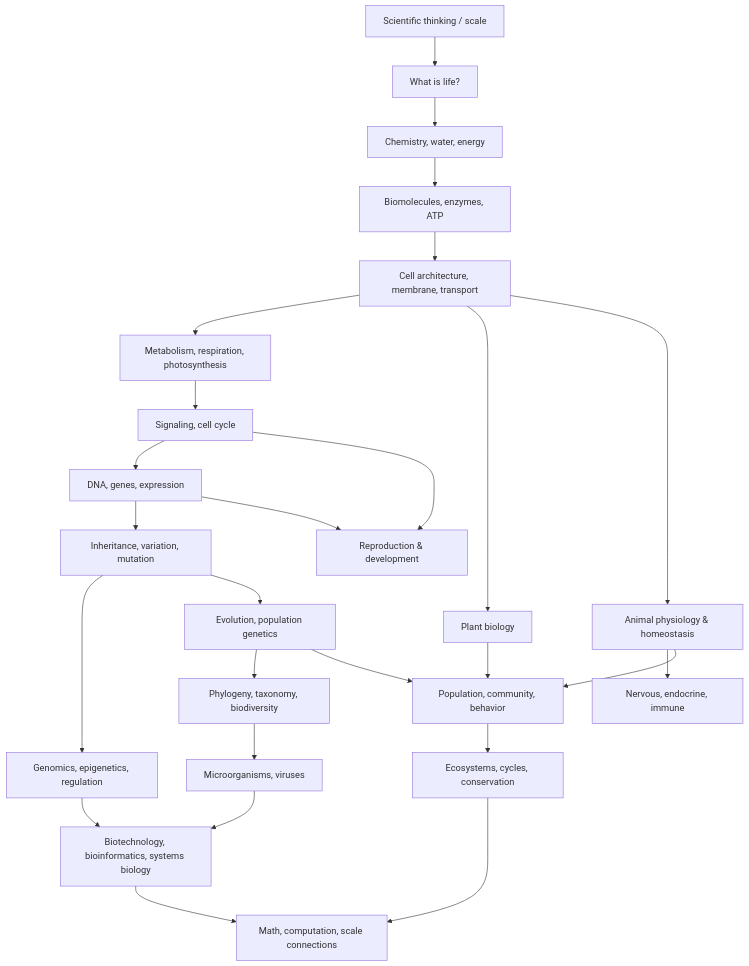
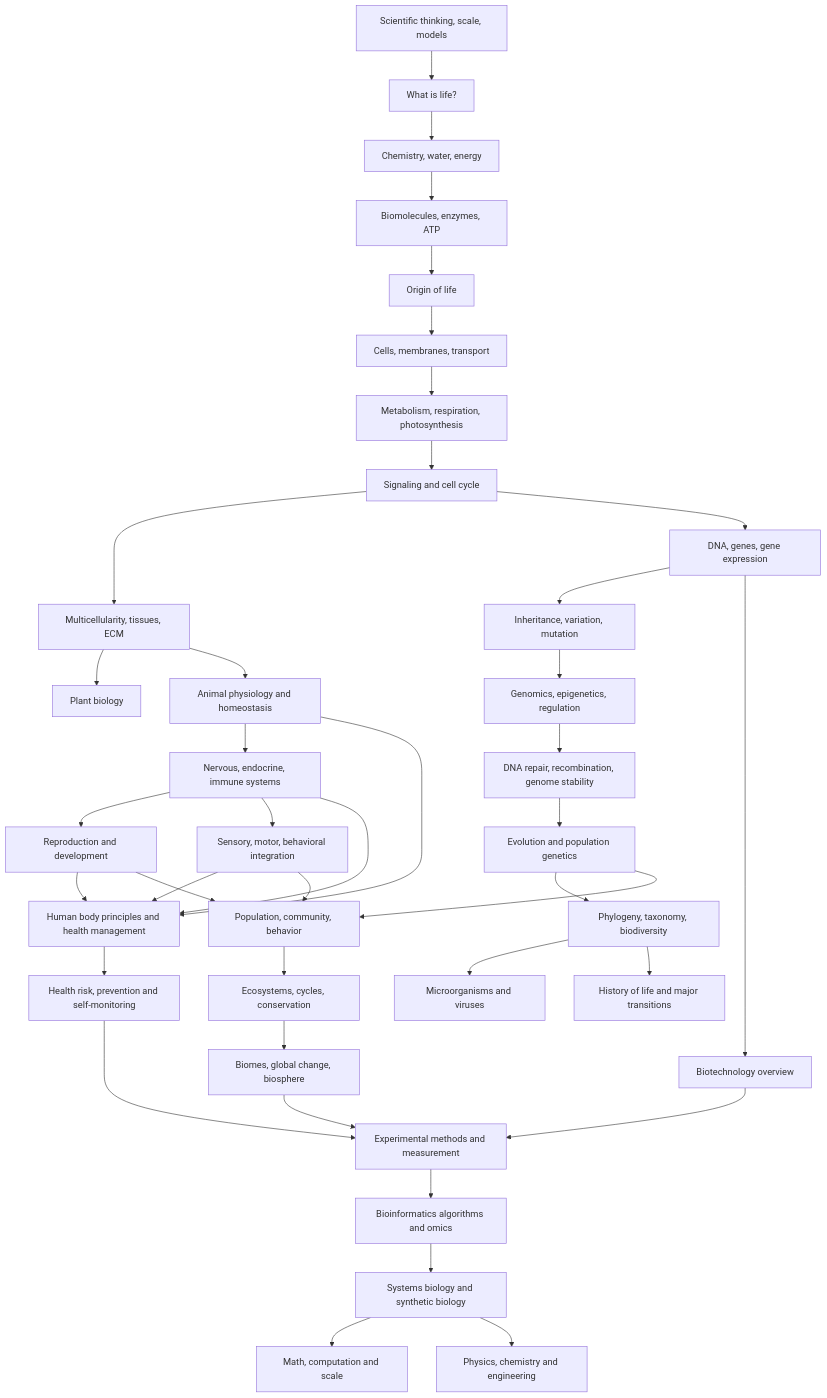
Before and after one commit to hunggtham/learning-docs: the diagram in biology/README.md, drawn with Mermaid. The commit also changed other lines of this file and 34 other files, not shown here.

````diff
--- a/biology/README.md
+++ b/biology/README.md
@@ -13,28 +43,50 @@
 ```mermaid
 flowchart TD
-A[Scientific thinking / scale] --> B[What is life?]
-B --> C[Chemistry, water, energy]
-C --> D[Biomolecules, enzymes, ATP]
-D --> E[Cell architecture, membrane, transport]
-E --> F[Metabolism, respiration, photosynthesis]
-F --> G[Signaling, cell cycle]
-G --> H[DNA, genes, expression]
-H --> I[Inheritance, variation, mutation]
-I --> J[Genomics, epigenetics, regulation]
-I --> K[Evolution, population genetics]
-K --> L[Phylogeny, taxonomy, biodiversity]
-L --> M[Microorganisms, viruses]
-E --> N[Plant biology]
-E --> O[Animal physiology & homeostasis]
-O --> P[Nervous, endocrine, immune]
-G --> Q[Reproduction & development]
-H --> Q
-K --> R[Population, community, behavior]
-N --> R
-O --> R
-R --> S[Ecosystems, cycles, conservation]
-J --> T[Biotechnology, bioinformatics, systems biology]
-M --> T
-S --> U[Math, computation, scale connections]
-T --> U
+    A[Scientific thinking, scale, models]
+    A --> B[What is life?]
+    B --> C[Chemistry, water, energy]
+    C --> D[Biomolecules, enzymes, ATP]
+    D --> E[Origin of life]
+
+    E --> F[Cells, membranes, transport]
+    F --> G[Metabolism, respiration, photosynthesis]
+    G --> H[Signaling and cell cycle]
+    H --> I[Multicellularity, tissues, ECM]
+
+    H --> J[DNA, genes, gene expression]
+    J --> K[Inheritance, variation, mutation]
+    K --> L[Genomics, epigenetics, regulation]
+    L --> M[DNA repair, recombination, genome stability]
+
+    M --> N[Evolution and population genetics]
+    N --> O[Phylogeny, taxonomy, biodiversity]
+    O --> P[Microorganisms and viruses]
+    O --> Q[History of life and major transitions]
+
+    I --> R[Plant biology]
+    I --> S[Animal physiology and homeostasis]
+    S --> T[Nervous, endocrine, immune systems]
+    T --> U[Reproduction and development]
+    T --> V[Sensory, motor, behavioral integration]
+    S --> VH[Human body principles and health management]
+    T --> VH
+    V --> VH
+    U --> VH
+    VH --> VR[Health risk, prevention and self-monitoring]
+
+    N --> W[Population, community, behavior]
+    V --> W
+    U --> W
+    W --> X[Ecosystems, cycles, conservation]
+    X --> Y[Biomes, global change, biosphere]
+
+    J --> Z[Biotechnology overview]
+    Y --> AA[Experimental methods and measurement]
+    Z --> AA
+    VR --> AA
+    AA --> AB[Bioinformatics algorithms and omics]
+    AB --> AC[Systems biology and synthetic biology]
+
+    AC --> AD[Math, computation and scale]
+    AC --> AE[Physics, chemistry and engineering]
 ```
````
